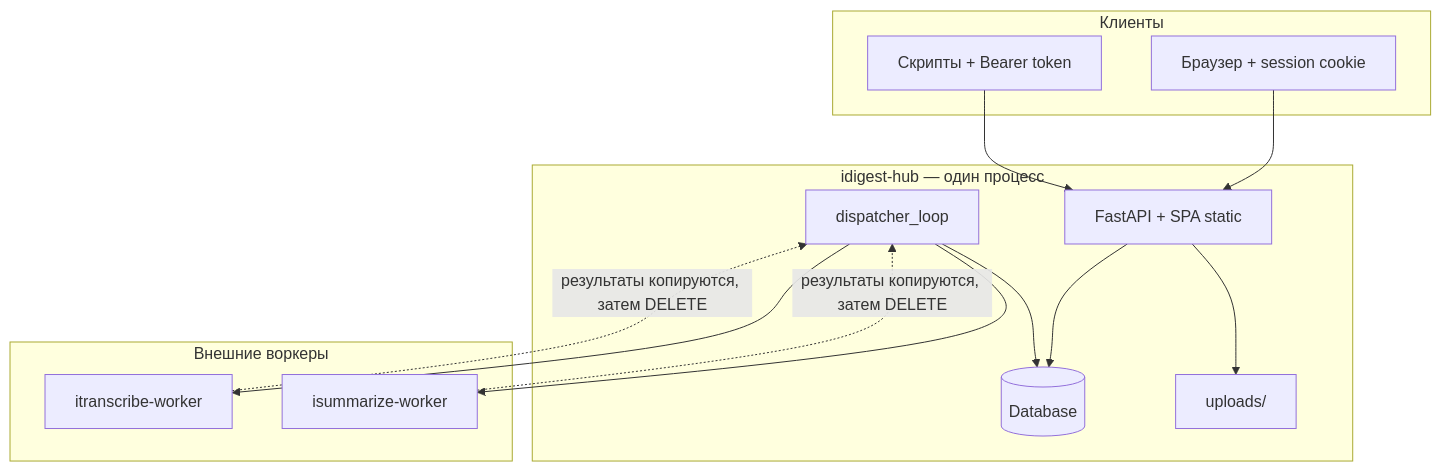
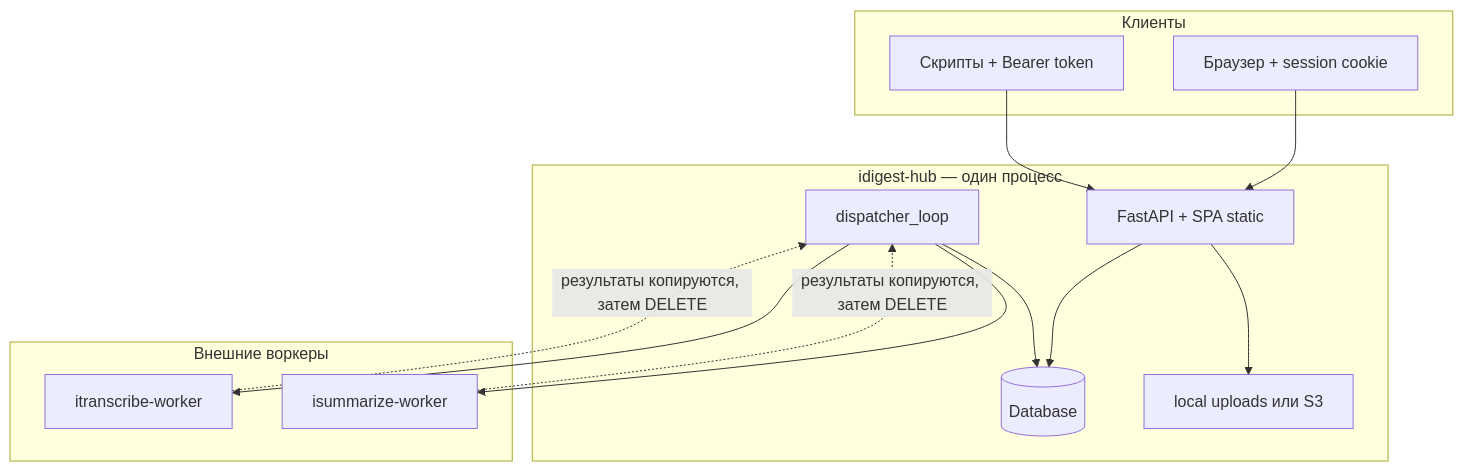
One commit to dude75/idigest-hub changed the diagram in docs/ru/architecture/overview.md. Above: the diagram before and after it, drawn with Mermaid. The commit also changed other lines of this file and 23 other files, not shown here.

````diff
--- a/docs/ru/architecture/overview.md
+++ b/docs/ru/architecture/overview.md
@@ -16,29 +16,29 @@
 ```mermaid
 flowchart TB
   subgraph clients [Клиенты]
     Browser[Браузер + session cookie]
     API[Скрипты + Bearer token]
   end
 
   subgraph hub [idigest-hub — один процесс]
     FastAPI[FastAPI + SPA static]
     Dispatch[dispatcher_loop]
     DB[(Database)]
-    FS[uploads/]
+    FS[local uploads или S3]
   end
 
   subgraph workers [Внешние воркеры]
     TW[itranscribe-worker]
     SW[isummarize-worker]
   end
 
   Browser --> FastAPI
   API --> FastAPI
   FastAPI --> DB
   FastAPI --> FS
   Dispatch --> DB
   Dispatch --> TW
   Dispatch --> SW
   TW -.->|результаты копируются, затем DELETE| Dispatch
   SW -.->|результаты копируются, затем DELETE| Dispatch
 ```
````
